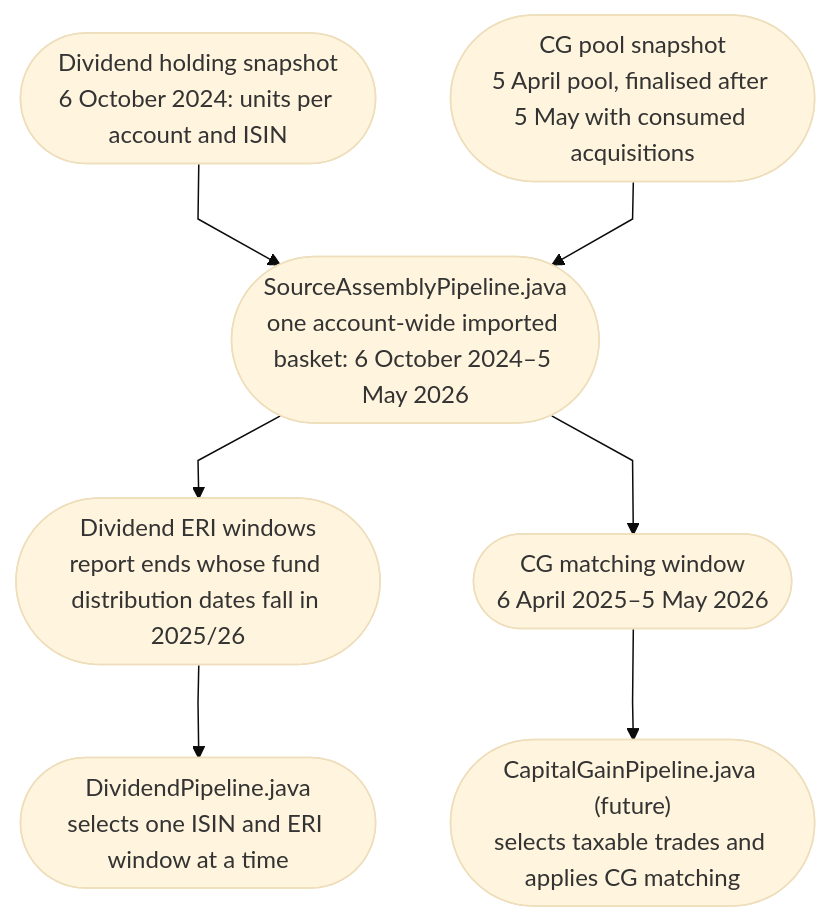
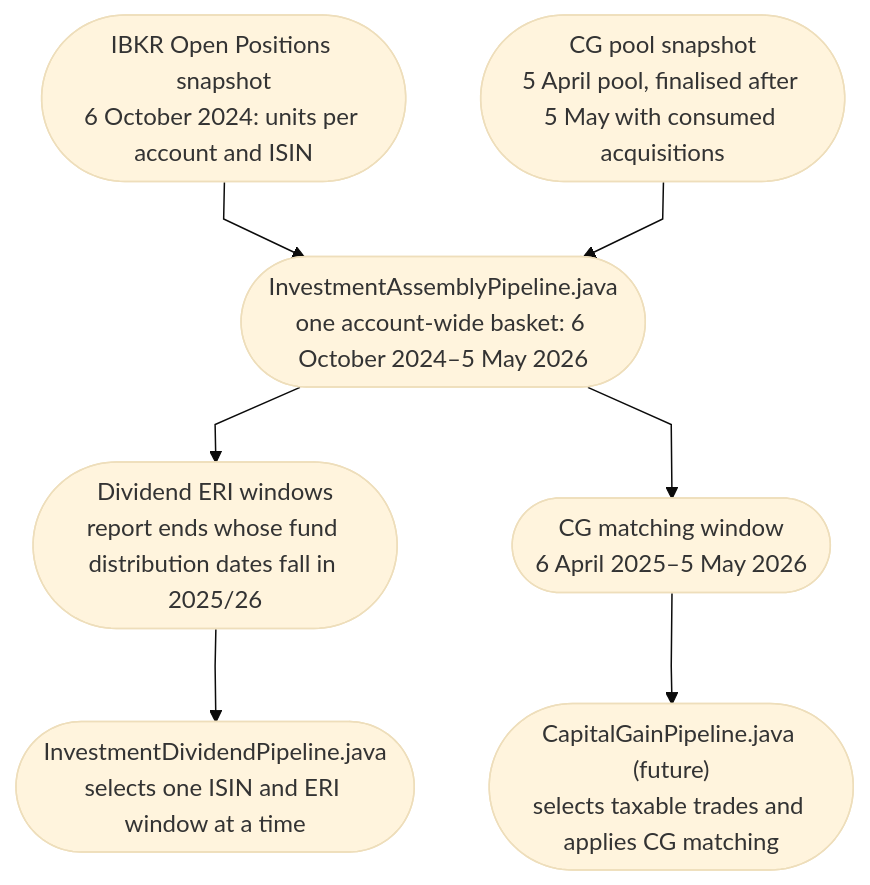
Before and after one commit to ChloeYiu/Self-Assessment-Helper: the second of 2 diagrams in openspec/changes/acwi-dividend-run/design.md, drawn with Mermaid (base theme). The commit also changed other lines of this file and 4 other files, not shown here.

Commit message:
Rename investment assembly pipeline

````diff
--- a/openspec/changes/acwi-dividend-run/design.md
+++ b/openspec/changes/acwi-dividend-run/design.md
@@ -76,16 +126,16 @@
 ```mermaid
 %%{init: {"flowchart": {"curve": "linear"}} }%%
 flowchart TD
-    DividendSnapshot(["Dividend holding snapshot<br/>6 October 2024: units per account and ISIN"])
+    DividendSnapshot(["IBKR Open Positions snapshot<br/>6 October 2024: units per account and ISIN"])
     DividendWindow(["Dividend ERI windows<br/>report ends whose fund distribution dates fall in 2025/26"])
     CgSnapshot(["CG pool snapshot<br/>5 April pool, finalised after 5 May with consumed acquisitions"])
     CgWindow(["CG matching window<br/>6 April 2025–5 May 2026"])
-    Basket(["SourceAssemblyPipeline.java<br/>one account-wide imported basket: 6 October 2024–5 May 2026"])
-    Dividend(["DividendPipeline.java<br/>selects one ISIN and ERI window at a time"])
+    Basket(["InvestmentAssemblyPipeline.java<br/>one account-wide basket: 6 October 2024–5 May 2026"])
+    Dividend(["InvestmentDividendPipeline.java<br/>selects one ISIN and ERI window at a time"])
     CapitalGain(["CapitalGainPipeline.java (future)<br/>selects taxable trades and applies CG matching"])
 
     DividendSnapshot --> Basket
     CgSnapshot --> Basket
     Basket --> DividendWindow --> Dividend
     Basket --> CgWindow --> CapitalGain
 ```
````
